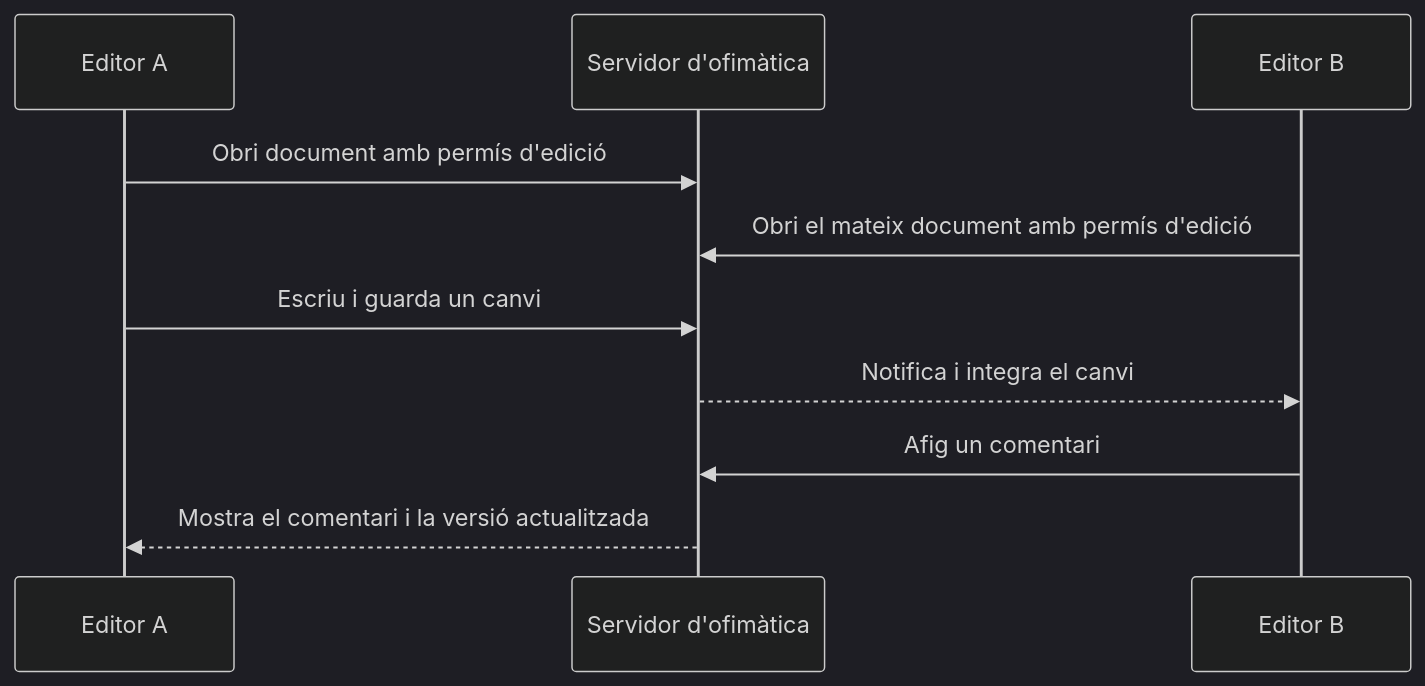
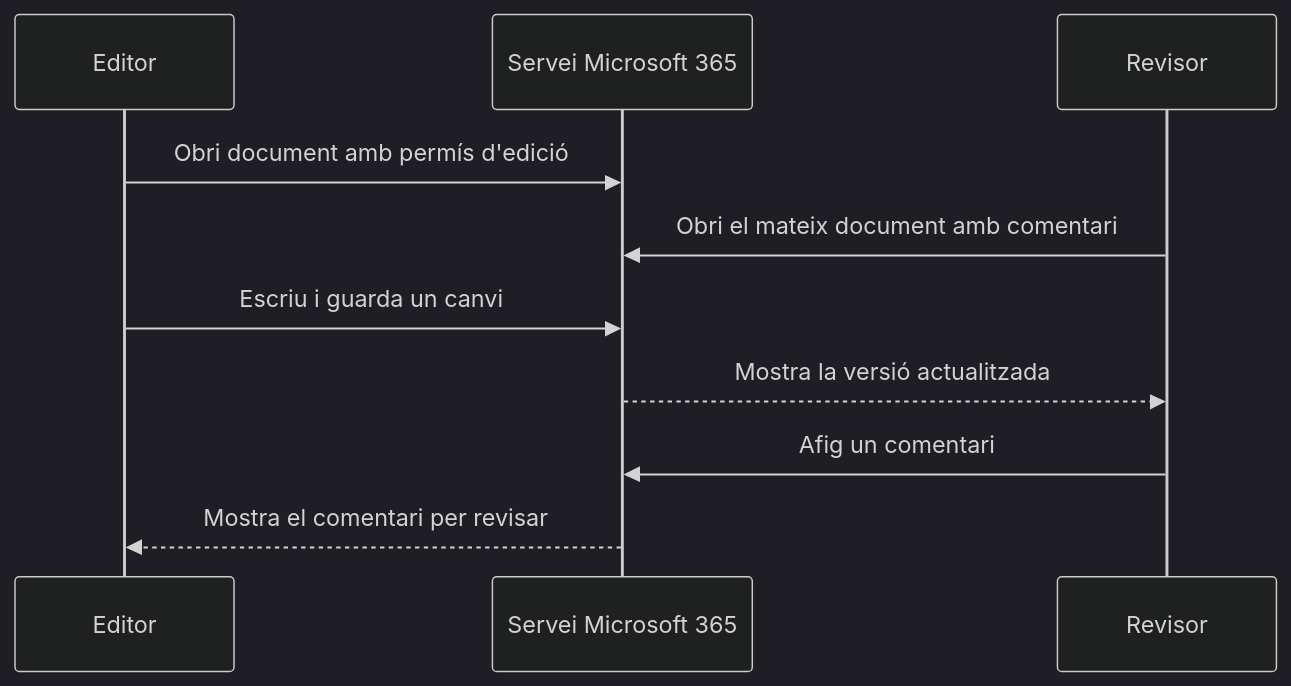
Before and after one commit to jordicido/jordicina: the first of 2 diagrams in docs/smx-aw/up2/05-treball-collaboratiu.md, drawn with Mermaid (dark theme). The commit also changed other lines of this file and 5 other files, not shown here.

````diff
--- a/docs/smx-aw/up2/05-treball-collaboratiu.md
+++ b/docs/smx-aw/up2/05-treball-collaboratiu.md
@@ -21,12 +24,12 @@
 ```mermaid
 sequenceDiagram
-    participant E as Editor A
-    participant S as Servidor d'ofimàtica
-    participant R as Editor B
+    participant E as Editor
+    participant S as Servei Microsoft 365
+    participant R as Revisor
     E->>S: Obri document amb permís d'edició
-    R->>S: Obri el mateix document amb permís d'edició
+    R->>S: Obri el mateix document amb comentari
     E->>S: Escriu i guarda un canvi
-    S-->>R: Notifica i integra el canvi
+    S-->>R: Mostra la versió actualitzada
     R->>S: Afig un comentari
-    S-->>E: Mostra el comentari i la versió actualitzada
+    S-->>E: Mostra el comentari per revisar
 ```
````
